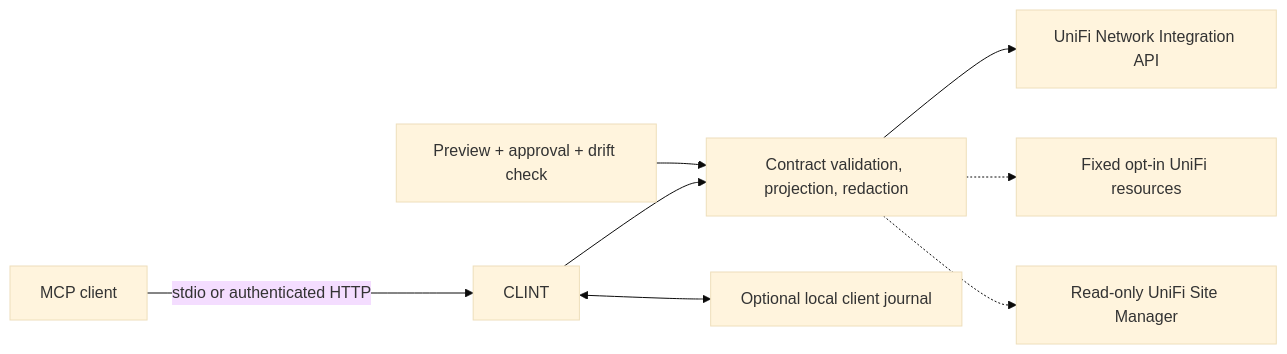
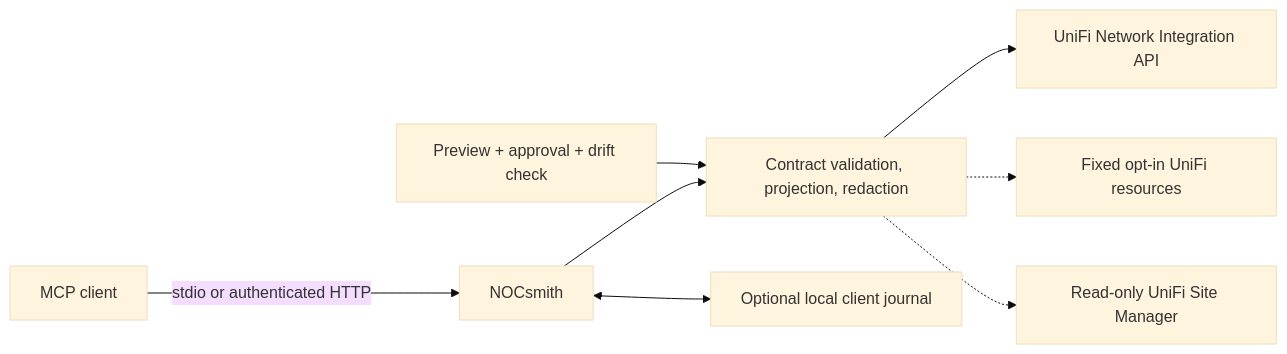
One commit to clintbnyc/NOCSmith changed the diagram in README.md. Above: the diagram before and after it, drawn with Mermaid (base theme). The commit also changed other lines of this file and 9 other files, not shown here.

````diff
--- a/README.md
+++ b/README.md
@@ -72,10 +74,10 @@
 ```mermaid
 flowchart LR
-    client["MCP client"] -->|stdio or authenticated HTTP| server["CLINT"]
+    client["MCP client"] -->|stdio or authenticated HTTP| server["NOCsmith"]
     server --> guard["Contract validation, projection, redaction"]
     guard --> local["UniFi Network Integration API"]
     guard -.-> private["Fixed opt-in UniFi resources"]
     guard -.-> cloud["Read-only UniFi Site Manager"]
     server <--> journal["Optional local client journal"]
     preview["Preview + approval + drift check"] --> guard
 ```
````
